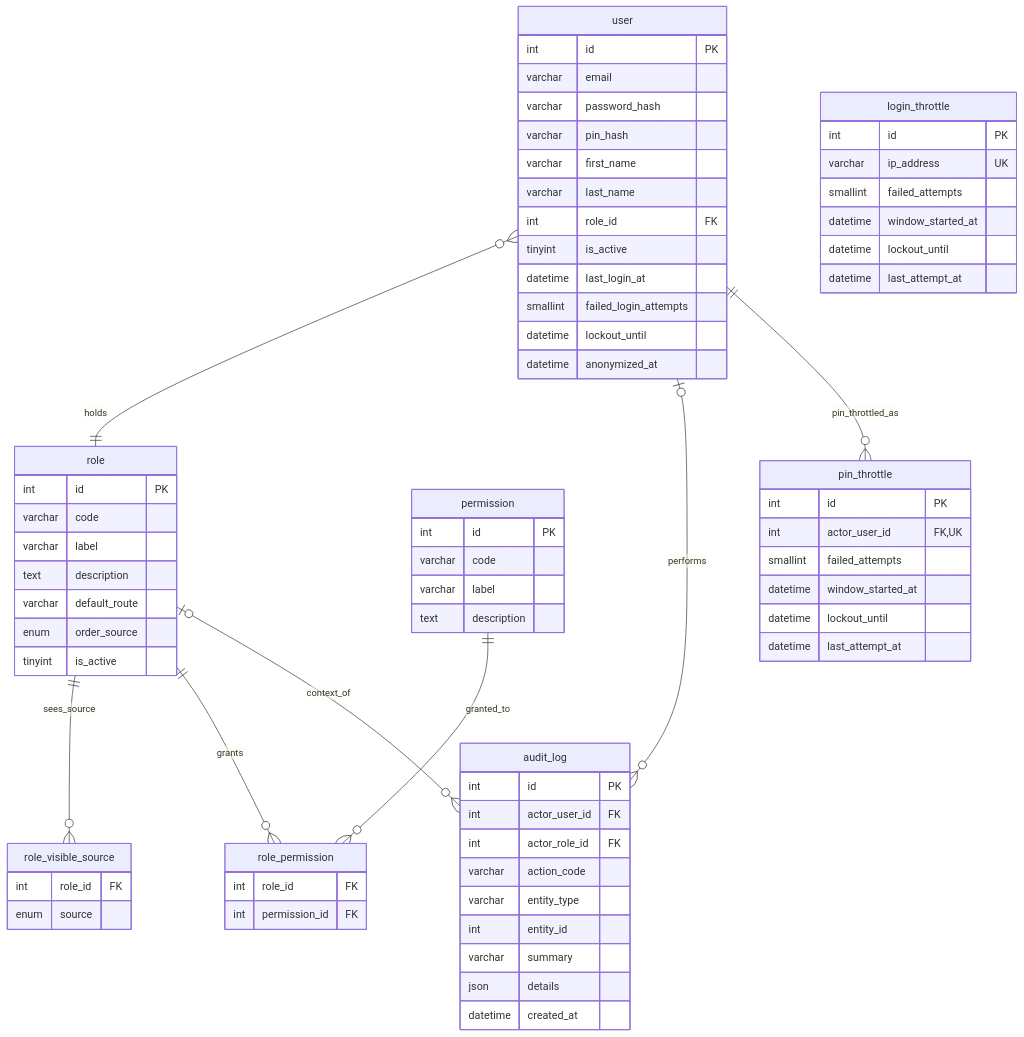
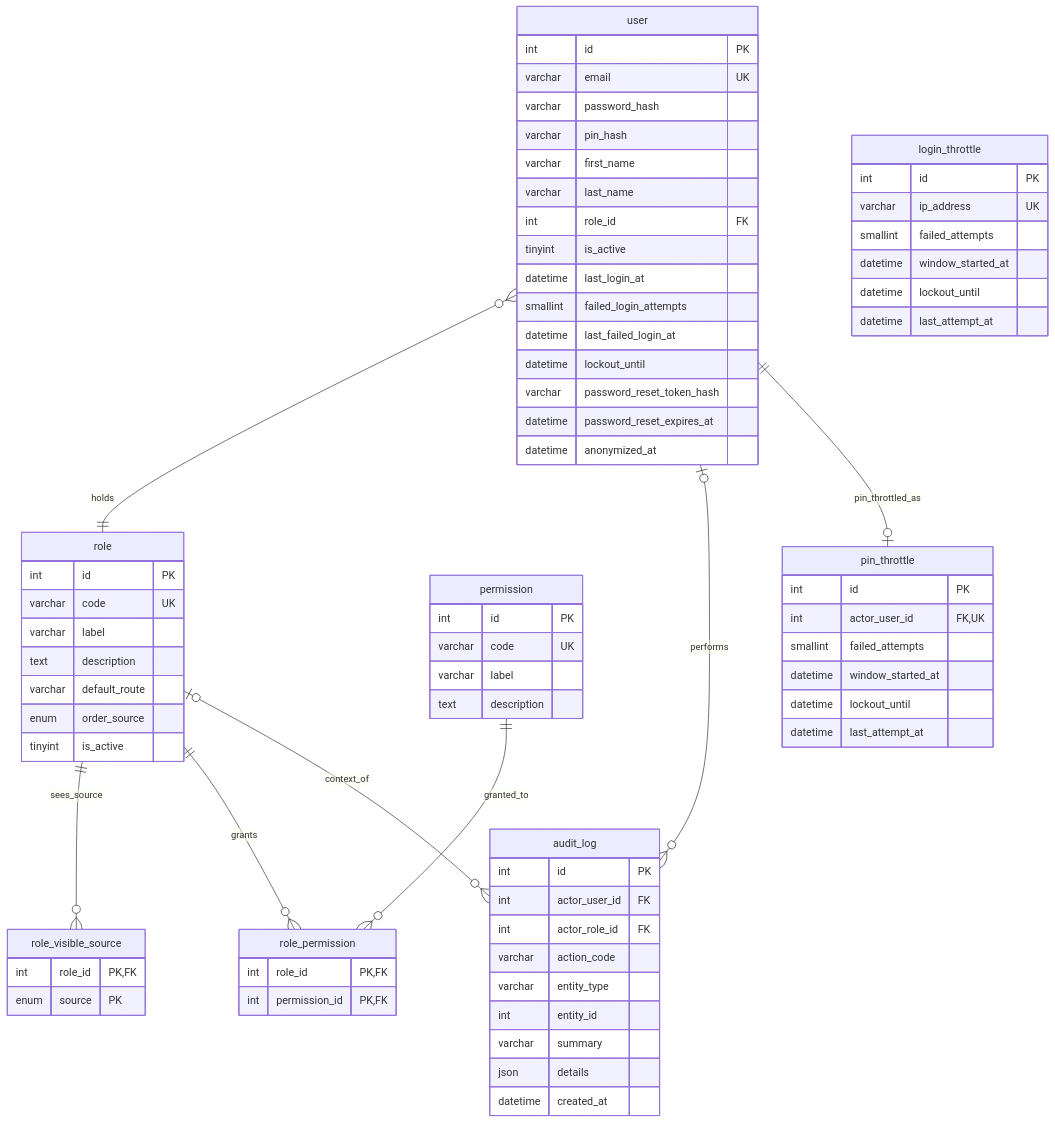
Before and after one commit to AcadeNice/wakdo_corentin: the fourth of 4 diagrams in docs/merise/mcd.md, drawn with Mermaid. The commit also changed other lines of this file and 30 other files, not shown here.

````diff
--- a/docs/merise/mcd.md
+++ b/docs/merise/mcd.md
@@ -418,75 +429,78 @@
 ```mermaid
 erDiagram
     user {
         int id PK
-        varchar email
+        varchar email UK
         varchar password_hash
         varchar pin_hash
         varchar first_name
         varchar last_name
         int role_id FK
         tinyint is_active
         datetime last_login_at
         smallint failed_login_attempts
+        datetime last_failed_login_at
         datetime lockout_until
+        varchar password_reset_token_hash
+        datetime password_reset_expires_at
         datetime anonymized_at
     }
     role {
         int id PK
-        varchar code
+        varchar code UK
         varchar label
         text description
         varchar default_route
         enum order_source
         tinyint is_active
     }
     role_visible_source {
-        int role_id FK
-        enum source
+        int role_id PK,FK
+        enum source PK
     }
     permission {
         int id PK
-        varchar code
+        varchar code UK
         varchar label
         text description
     }
     role_permission {
-        int role_id FK
-        int permission_id FK
+        int role_id PK,FK
+        int permission_id PK,FK
     }
     audit_log {
         int id PK
         int actor_user_id FK
         int actor_role_id FK
         varchar action_code
         varchar entity_type
         int entity_id
         varchar summary
         json details
         datetime created_at
     }
     login_throttle {
         int id PK
         varchar ip_address UK
         smallint failed_attempts
         datetime window_started_at
         datetime lockout_until
         datetime last_attempt_at
     }
     pin_throttle {
         int id PK
         int actor_user_id FK,UK
         smallint failed_attempts
         datetime window_started_at
         datetime lockout_until
         datetime last_attempt_at
     }
 
     user }o--|| role : "holds"
     role ||--o{ role_visible_source : "sees_source"
     role ||--o{ role_permission : "grants"
     permission ||--o{ role_permission : "granted_to"
     user |o--o{ audit_log : "performs"
     role |o--o{ audit_log : "context_of"
-    user ||--o{ pin_throttle : "pin_throttled_as"
+    user ||--o| pin_throttle : "pin_throttled_as"
 ```
````
